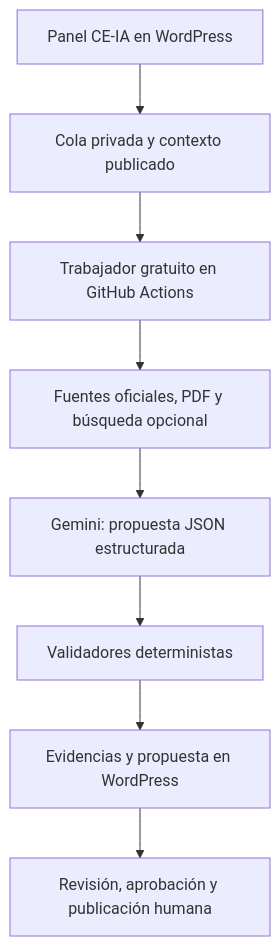
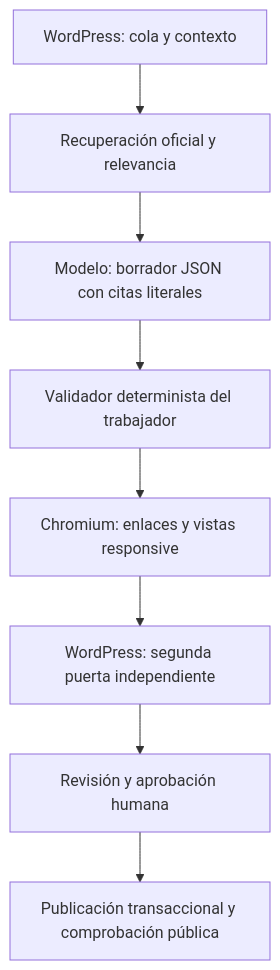
The diagram in README.md (proyectodocenciauo-cmyk/ce-uniovi-auditor-ia), drawn with Mermaid before and after one commit. The commit also changed other lines of this file, not shown here.

````diff
--- a/README.md
+++ b/README.md
@@ -22,10 +26,10 @@
 ```mermaid
 flowchart TD
-    A["Panel CE-IA en WordPress"] --> B["Cola privada y contexto publicado"]
-    B --> C["Trabajador gratuito en GitHub Actions"]
-    C --> D["Fuentes oficiales, PDF y búsqueda opcional"]
-    D --> E["Gemini: propuesta JSON estructurada"]
-    E --> F["Validadores deterministas"]
-    F --> G["Evidencias y propuesta en WordPress"]
-    G --> H["Revisión, aprobación y publicación humana"]
+    A["WordPress: cola y contexto"] --> B["Recuperación oficial y relevancia"]
+    B --> C["Modelo: borrador JSON con citas literales"]
+    C --> D["Validador determinista del trabajador"]
+    D --> E["Chromium: enlaces y vistas responsive"]
+    E --> F["WordPress: segunda puerta independiente"]
+    F --> G["Revisión y aprobación humana"]
+    G --> H["Publicación transaccional y comprobación pública"]
 ```
````
